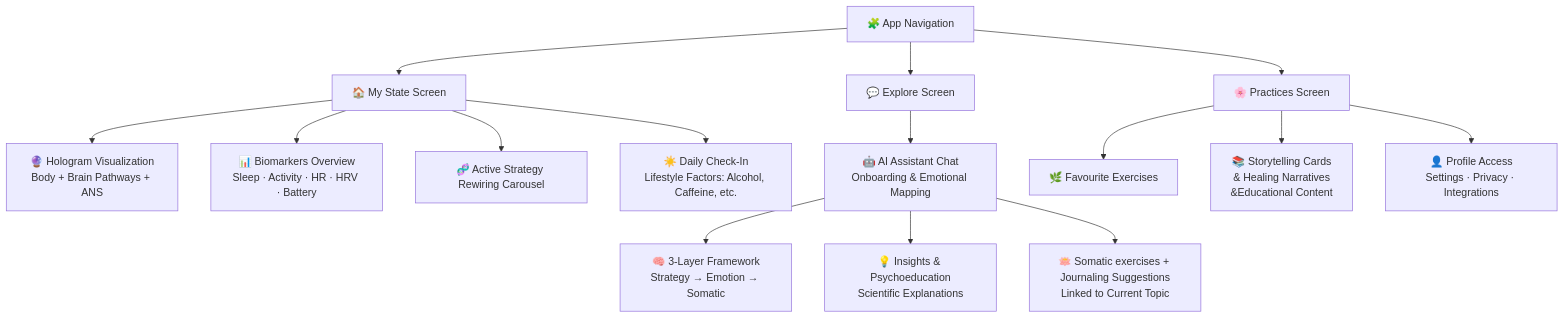
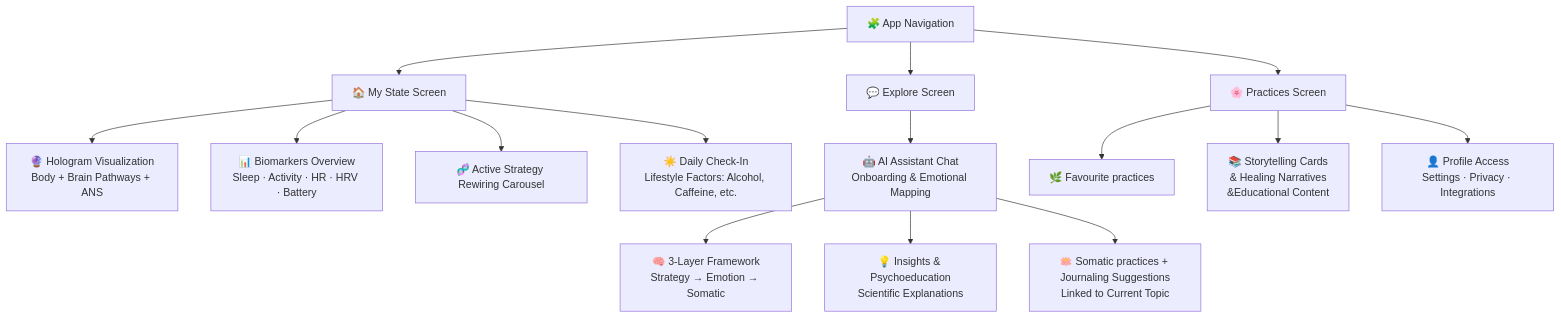
The diagram in diagram.md (anastasiayunchits-hash/Eywa), drawn with Mermaid before and after one commit.

Commit message:
Update terminology from 'Exercises' to 'Practices'

````diff
--- a/diagram.md
+++ b/diagram.md
@@ -1,25 +1,25 @@
 ```mermaid
 flowchart TD
 
 %% App Structure Overview
 A[🧩 App Navigation] --> B[🏠 My State Screen]
 A --> C[💬 Explore Screen]
 A --> D[🌸 Practices Screen]
 
 %% My State Core Features
 B --> B1[🔮 Hologram Visualization<br/>Body + Brain Pathways + ANS]
 B --> B2[📊 Biomarkers Overview<br/>Sleep · Activity · HR · HRV · Battery]
 B --> B3[🧬 Active Strategy Rewiring Carousel]
 B --> B4[☀️ Daily Check-In<br/>Lifestyle Factors: Alcohol, Caffeine, etc.]
 
 %% Explore Core Features
 C --> C1[🤖 AI Assistant Chat<br/>Onboarding & Emotional Mapping]
 C1 --> C2[🧠 3-Layer Framework<br/>Strategy → Emotion → Somatic]
 C1--> C3[💡 Insights & Psychoeducation<br/>Scientific Explanations]
-C1 --> C4[🪷 Somatic exercises + Journaling Suggestions<br/>Linked to Current Topic]
+C1 --> C4[🪷 Somatic practices + Journaling Suggestions<br/>Linked to Current Topic]
 
 %% Practices Core Features
-D --> D1[🌿 Favourite Exercises]
+D --> D1[🌿 Favourite practices]
 D --> D2[📚 Storytelling Cards<br/> & Healing Narratives<br/> &Educational Content]
 D --> D3[👤 Profile Access<br/>Settings · Privacy · Integrations]
 ```
````
